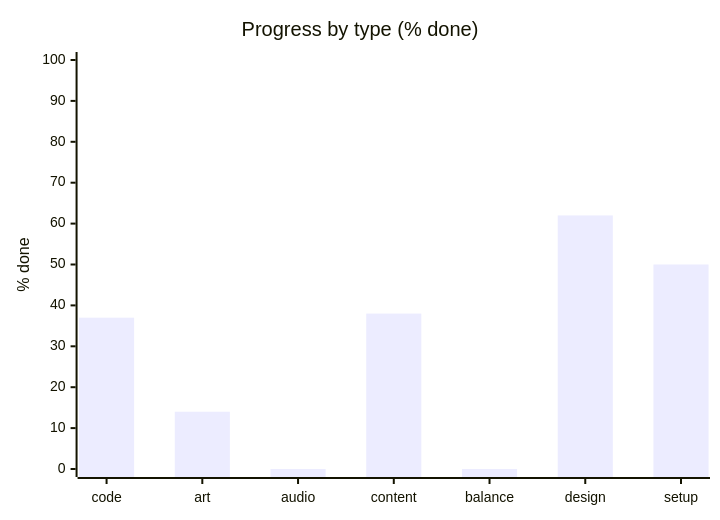
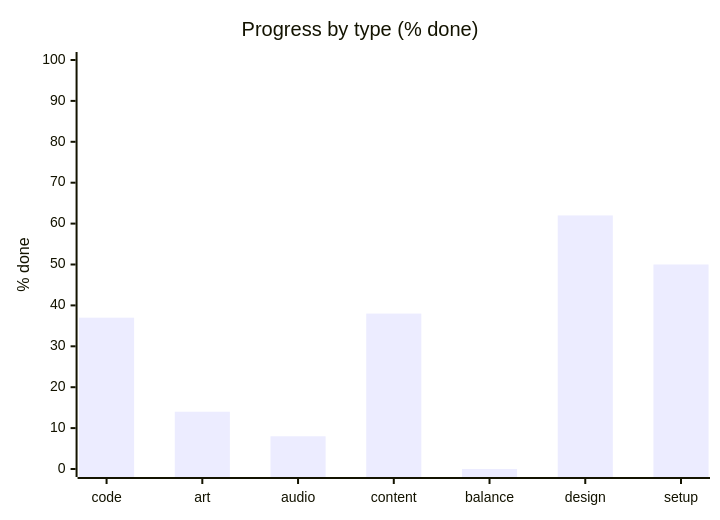
Before and after one commit to artemiiShabanov/RallyRivals: the second of 3 diagrams in STATUS.md, drawn with Mermaid. The commit also changed other lines of this file and 20 other files, not shown here.

````diff
--- a/STATUS.md
+++ b/STATUS.md
@@ -17,7 +17,7 @@
 ```mermaid
 xychart-beta
     title "Progress by type (% done)"
     x-axis ["code", "art", "audio", "content", "balance", "design", "setup"]
     y-axis "% done" 0 --> 100
-    bar [37, 14, 0, 38, 0, 62, 50]
+    bar [37, 14, 8, 38, 0, 62, 50]
 ```
````
